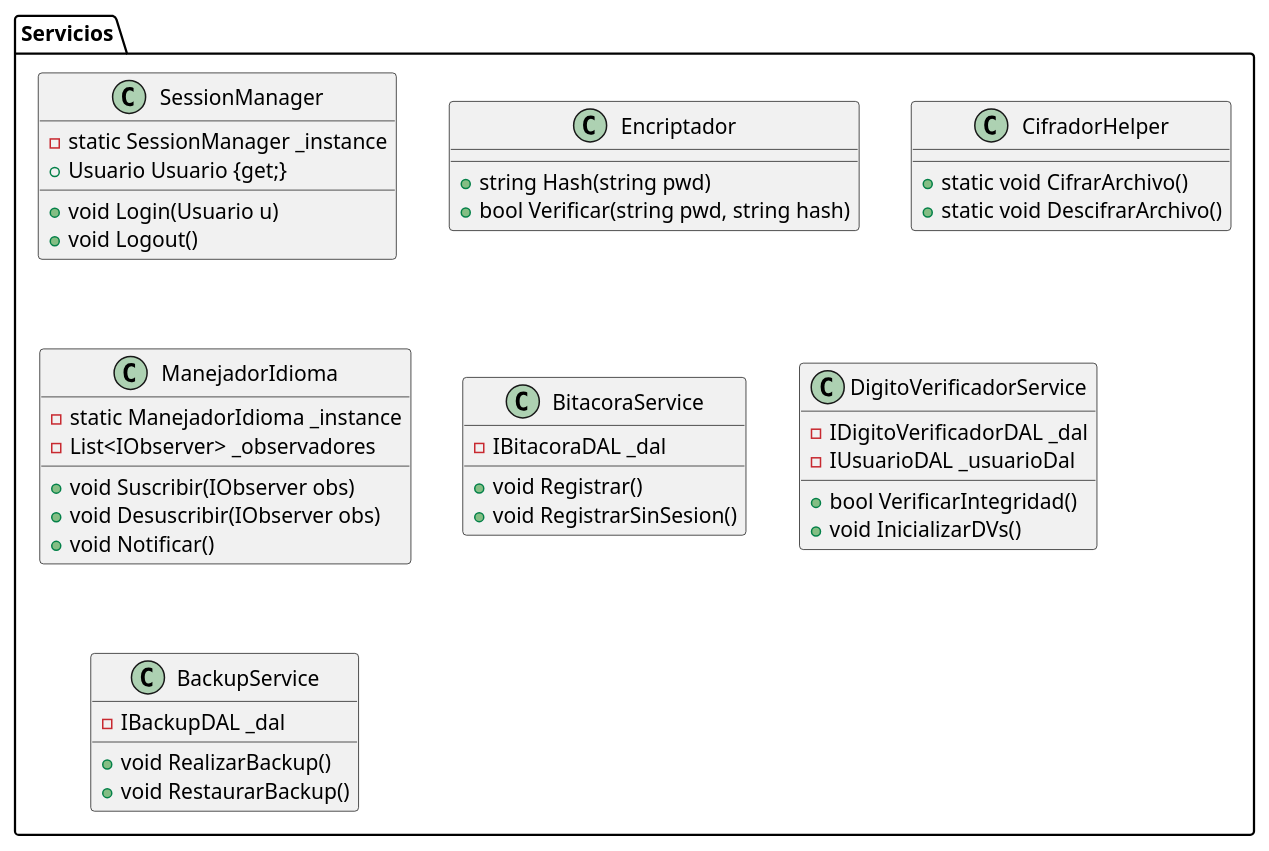
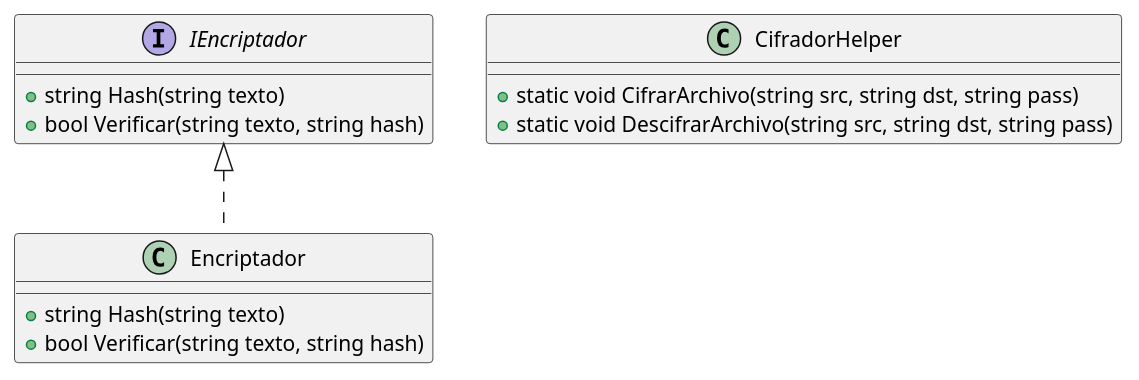
Before and after one commit to LautiSmyth/Stach: the tenth of 25 diagrams in Documentacion/diagrams_code.md, drawn with PlantUML. The commit also changed other lines of this file, not shown here.

Commit message:
Docs: Restructurar codigos de diagramas organizados por Entrega 1 y Entrega 2 de Excel

````diff
--- a/Documentacion/diagrams_code.md
+++ b/Documentacion/diagrams_code.md
@@ -196,43 +245,17 @@
 ```plantuml
 @startuml
-package Servicios {
-    class SessionManager {
-        -static SessionManager _instance
-        +Usuario Usuario {get;}
-        +void Login(Usuario u)
-        +void Logout()
-    }
-    class Encriptador {
-        +string Hash(string pwd)
-        +bool Verificar(string pwd, string hash)
-    }
-    class CifradorHelper {
-        +static void CifrarArchivo()
-        +static void DescifrarArchivo()
-    }
-    class ManejadorIdioma {
-        -static ManejadorIdioma _instance
-        -List<IObserver> _observadores
-        +void Suscribir(IObserver obs)
-        +void Desuscribir(IObserver obs)
-        +void Notificar()
-    }
-    class BitacoraService {
-        -IBitacoraDAL _dal
-        +void Registrar()
-        +void RegistrarSinSesion()
-    }
-    class DigitoVerificadorService {
-        -IDigitoVerificadorDAL _dal
-        -IUsuarioDAL _usuarioDal
-        +bool VerificarIntegridad()
-        +void InicializarDVs()
-    }
-    class BackupService {
-        -IBackupDAL _dal
-        +void RealizarBackup()
-        +void RestaurarBackup()
-    }
+interface IEncriptador {
+    +string Hash(string texto)
+    +bool Verificar(string texto, string hash)
 }
+class Encriptador {
+    +string Hash(string texto)
+    +bool Verificar(string texto, string hash)
+}
+class CifradorHelper {
+    +static void CifrarArchivo(string src, string dst, string pass)
+    +static void DescifrarArchivo(string src, string dst, string pass)
+}
+IEncriptador <|.. Encriptador
 @enduml
 ```
````
